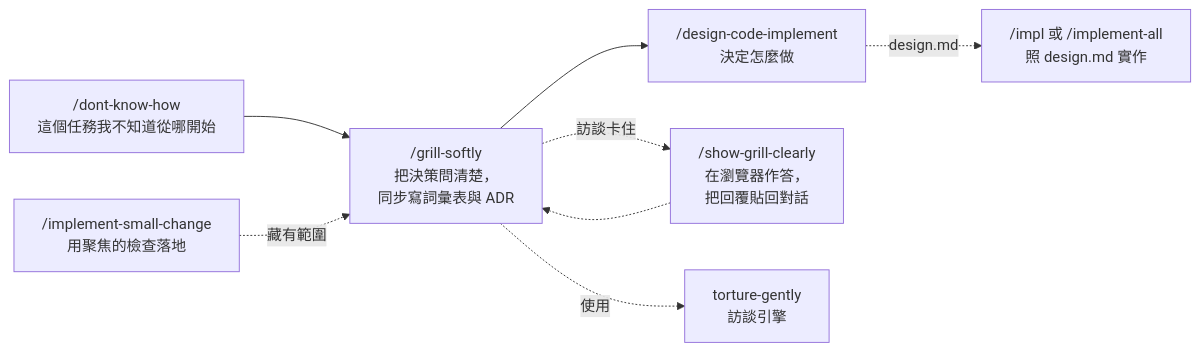
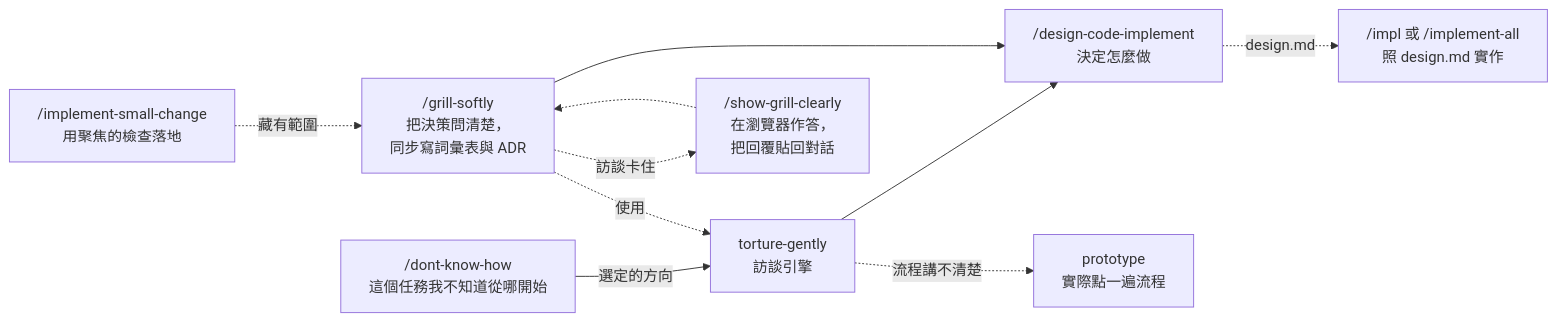
Before and after one commit to GUOJIE-HONG/skills: the diagram in README.zh-TW.md, drawn with Mermaid. The commit also changed other lines of this file and 5 other files, not shown here.

First line of the commit message:
feat(dont-know-how): 選定方向後直接接 torture-gently，流程講不清楚時改做原型

````diff
--- a/README.zh-TW.md
+++ b/README.zh-TW.md
@@ -67,11 +68,14 @@
 ```mermaid
 flowchart LR
-    A["/dont-know-how<br/>這個任務我不知道從哪開始"] --> B["/grill-softly<br/>把決策問清楚，<br/>同步寫詞彙表與 ADR"]
+    A["/dont-know-how<br/>這個任務我不知道從哪開始"] -->|"選定的方向"| F["torture-gently<br/>訪談引擎"]
+    F --> C
+    F -. 流程講不清楚 .-> P["prototype<br/>實際點一遍流程"]
+    B["/grill-softly<br/>把決策問清楚，<br/>同步寫詞彙表與 ADR"]
     B --> C["/design-code-implement<br/>決定怎麼做"]
     D["/implement-small-change<br/>用聚焦的檢查落地"]
     C -.->|"design.md"| G["/impl 或 /implement-all<br/>照 design.md 實作"]
     B -. 訪談卡住 .-> E["/show-grill-clearly<br/>在瀏覽器作答，<br/>把回覆貼回對話"]
     E -.-> B
-    B -. 使用 .-> F["torture-gently<br/>訪談引擎"]
+    B -. 使用 .-> F
     D -. 藏有範圍 .-> B
 ```
````
